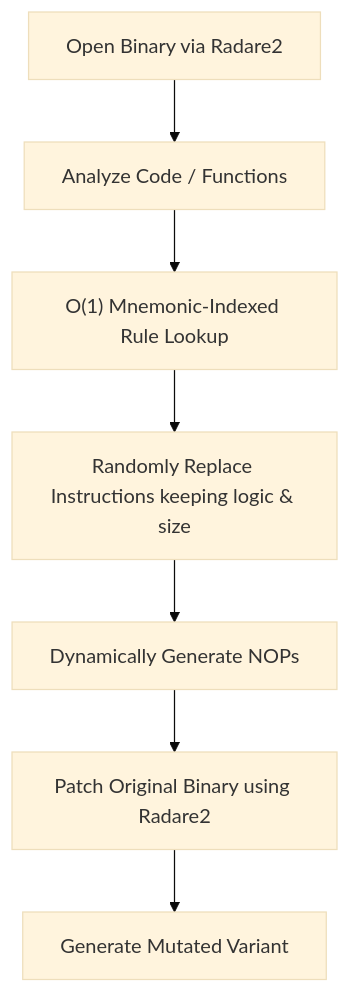
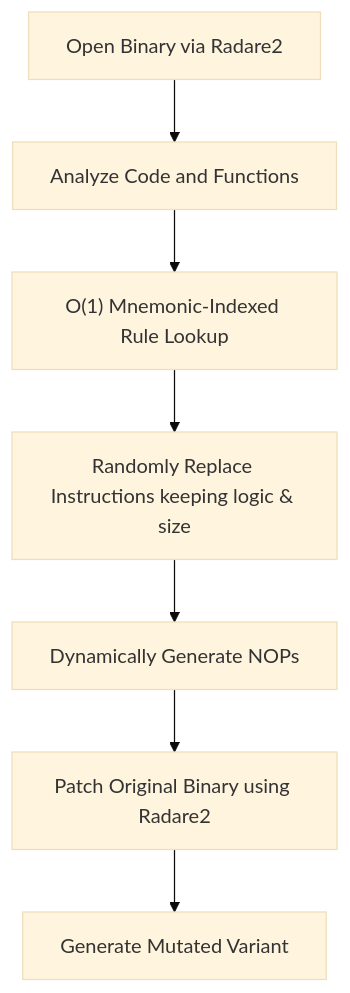
One commit to anonymouschichvy/metame changed the diagram in README.md. Above: the diagram before and after it, drawn with Mermaid (base theme). The commit also changed other lines of this file, not shown here.

````diff
--- a/README.md
+++ b/README.md
@@ -46,9 +38,9 @@
 ```mermaid
 graph TD
-    A["Open Binary via Radare2"] --> B["Analyze Code / Functions"]
+    A["Open Binary via Radare2"] --> B["Analyze Code and Functions"]
     B --> C["O(1) Mnemonic-Indexed Rule Lookup"]
     C --> D["Randomly Replace Instructions keeping logic & size"]
     D --> E["Dynamically Generate NOPs"]
     E --> F["Patch Original Binary using Radare2"]
     F --> G["Generate Mutated Variant"]
 ```
````
